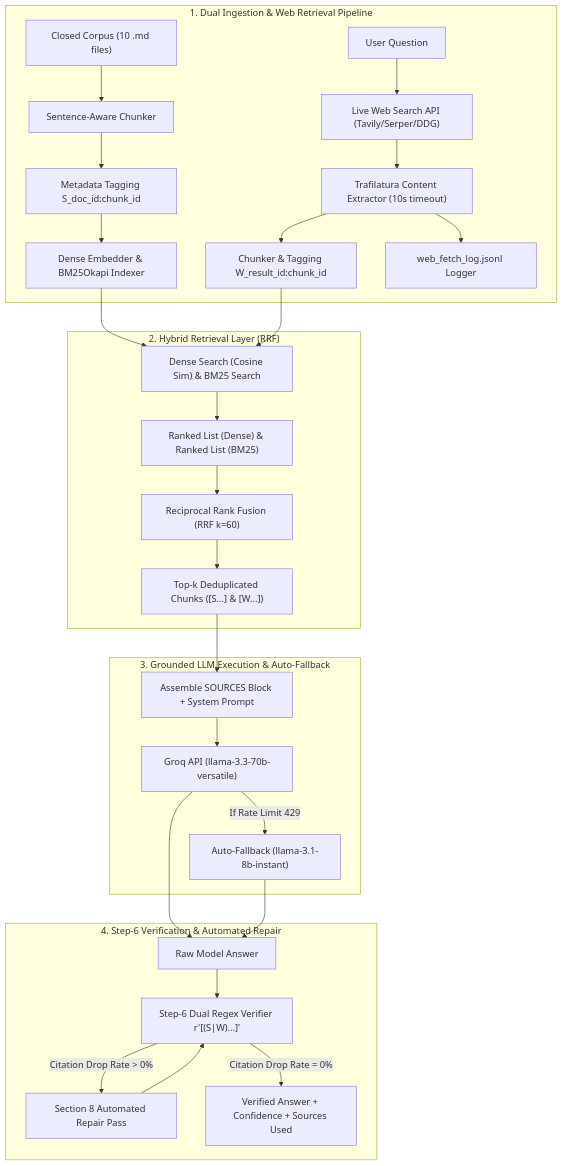
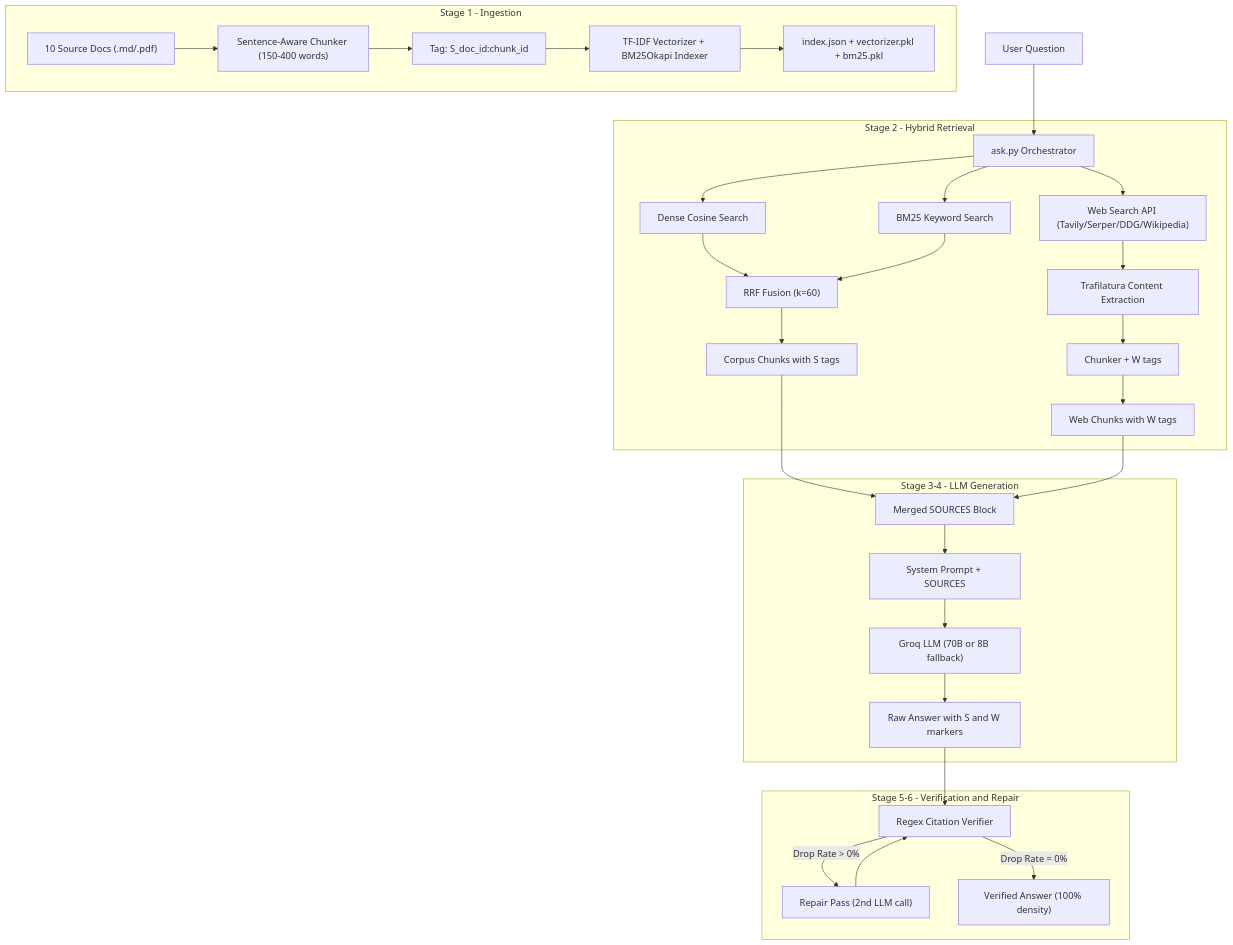
The diagram in README.md (Zahid-coder-17/research-agent), drawn with Mermaid before and after one commit. The commit also changed other lines of this file, not shown here.

Commit message:
docs: comprehensive README rewrite with full 6-stage architecture, Mermaid diagrams, API cascade, example output, and design rationale

````diff
--- a/README.md
+++ b/README.md
@@ -30,35 +36,39 @@
 ```mermaid
 flowchart TD
-    subgraph Ingestion["1. Dual Ingestion & Web Retrieval Pipeline"]
-        A["Closed Corpus (10 .md files)"] --> B["Sentence-Aware Chunker"]
-        B --> C["Metadata Tagging S_doc_id:chunk_id"]
-        C --> D["Dense Embedder & BM25Okapi Indexer"]
-        
-        W1["User Question"] --> W2["Live Web Search API (Tavily/Serper/DDG)"]
-        W2 --> W3["Trafilatura Content Extractor (10s timeout)"]
-        W3 --> W4["Chunker & Tagging W_result_id:chunk_id"]
-        W3 --> W5["web_fetch_log.jsonl Logger"]
+    USER["User Question"] --> ASK["ask.py Orchestrator"]
+    
+    subgraph Stage1["Stage 1 - Ingestion"]
+        A1["10 Source Docs (.md/.pdf)"] --> A2["Sentence-Aware Chunker (150-400 words)"]
+        A2 --> A3["Tag: S_doc_id:chunk_id"]
+        A3 --> A4["TF-IDF Vectorizer + BM25Okapi Indexer"]
+        A4 --> A5["index.json + vectorizer.pkl + bm25.pkl"]
     end
 
-    subgraph Retrieval["2. Hybrid Retrieval Layer (RRF)"]
-        D & W4 --> I1["Dense Search (Cosine Sim) & BM25 Search"]
-        I1 --> J1["Ranked List (Dense) & Ranked List (BM25)"]
-        J1 --> K["Reciprocal Rank Fusion (RRF k=60)"]
-        K --> L["Top-k Deduplicated Chunks ([S...] & [W...])"]
+    subgraph Stage2["Stage 2 - Hybrid Retrieval"]
+        ASK --> B1["Dense Cosine Search"]
+        ASK --> B2["BM25 Keyword Search"]
+        B1 --> B3["RRF Fusion (k=60)"]
+        B2 --> B3
+        B3 --> B4["Corpus Chunks with S tags"]
+        
+        ASK --> C1["Web Search API (Tavily/Serper/DDG/Wikipedia)"]
+        C1 --> C2["Trafilatura Content Extraction"]
+        C2 --> C3["Chunker + W tags"]
+        C3 --> C4["Web Chunks with W tags"]
     end
 
-    subgraph LLM_Exec["3. Grounded LLM Execution & Auto-Fallback"]
-        L --> M["Assemble SOURCES Block + System Prompt"]
-        M --> N["Groq API (llama-3.3-70b-versatile)"]
-        N -- "If Rate Limit 429" --> O["Auto-Fallback (llama-3.1-8b-instant)"]
+    subgraph Stage3_4["Stage 3-4 - LLM Generation"]
+        B4 --> D1["Merged SOURCES Block"]
+        C4 --> D1
+        D1 --> D2["System Prompt + SOURCES"]
+        D2 --> D3["Groq LLM (70B or 8B fallback)"]
+        D3 --> D4["Raw Answer with S and W markers"]
     end
 
-    subgraph Verification["4. Step-6 Verification & Automated Repair"]
-        N --> Q["Raw Model Answer"]
-        O --> Q
-        Q --> R["Step-6 Dual Regex Verifier r'[(S|W)...]'"]
-        R -- "Citation Drop Rate > 0%" --> S["Section 8 Automated Repair Pass"]
-        S --> R
-        R -- "Citation Drop Rate = 0%" --> T["Verified Answer + Confidence + Sources Used"]
+    subgraph Stage5_6["Stage 5-6 - Verification and Repair"]
+        D4 --> E1["Regex Citation Verifier"]
+        E1 -->|"Drop Rate > 0%"| E2["Repair Pass (2nd LLM call)"]
+        E2 --> E1
+        E1 -->|"Drop Rate = 0%"| E3["Verified Answer (100% density)"]
     end
 ```
````
